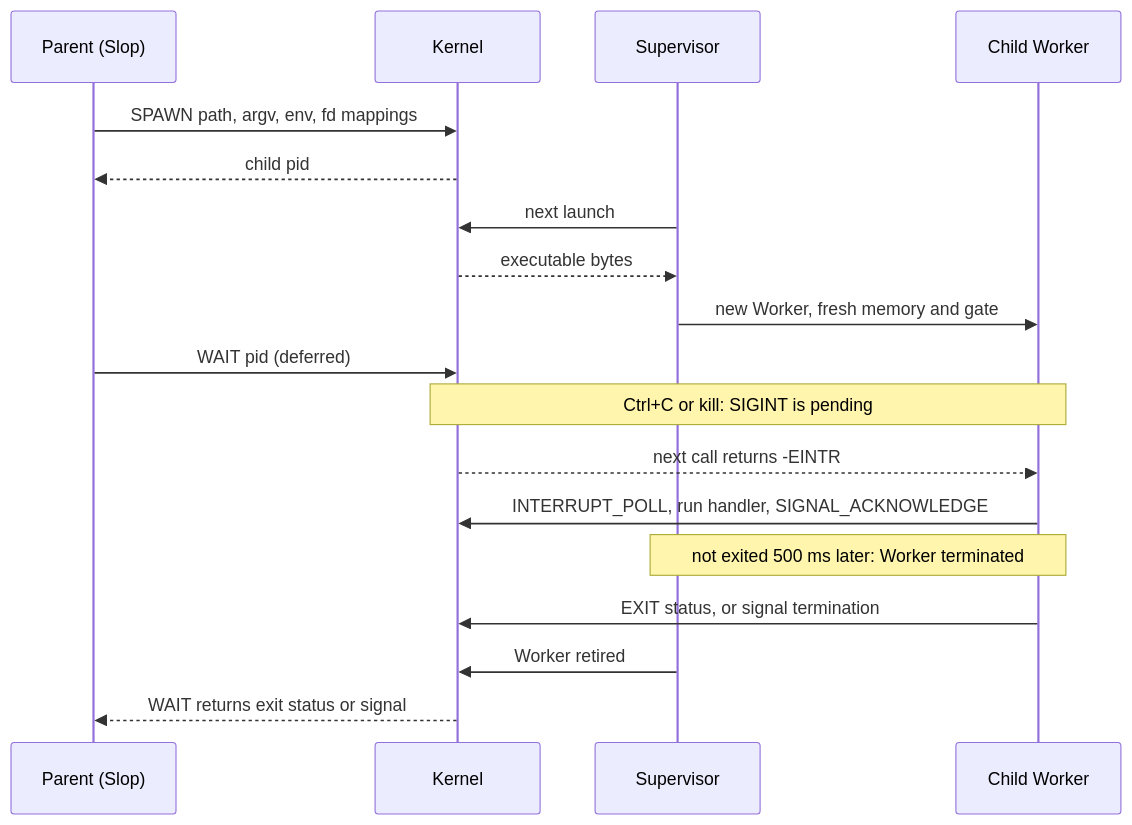
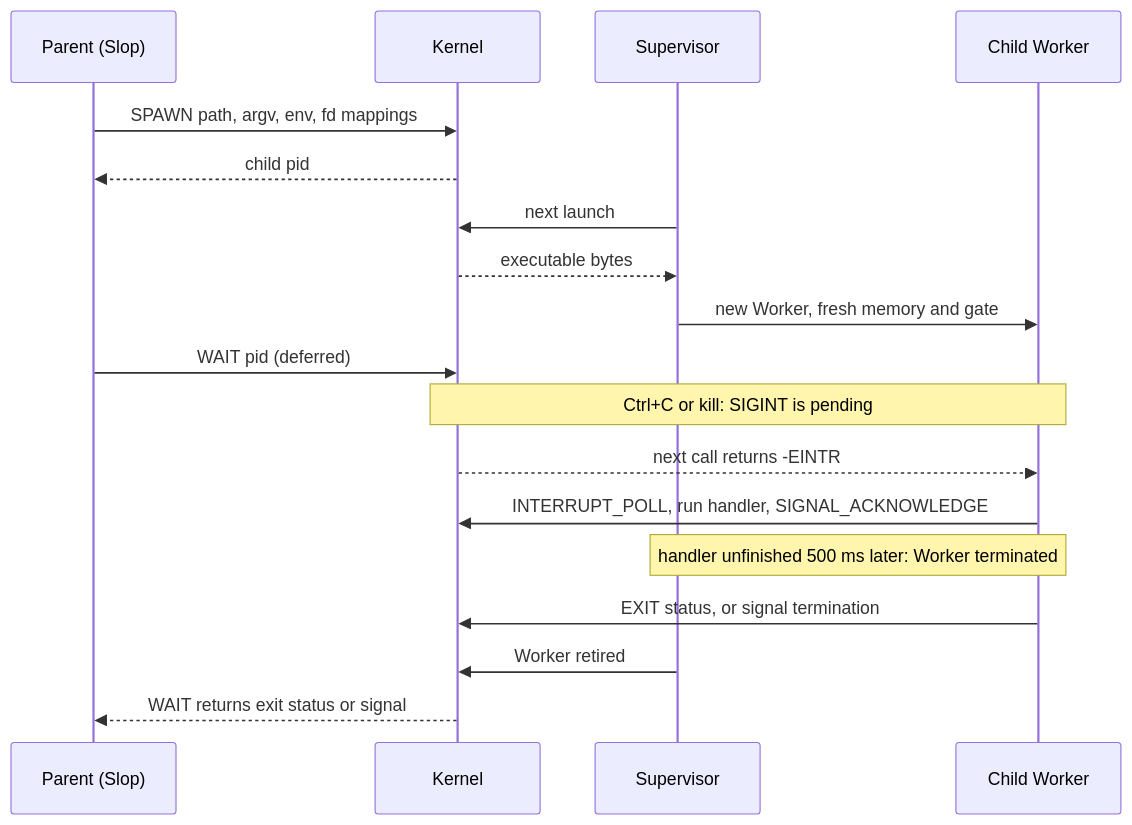
The diagram in docs/process-model.md (daugasauron/dolly), drawn with Mermaid before and after one commit. The commit also changed other lines of this file and 3 other files, not shown here.

````diff
--- a/docs/process-model.md
+++ b/docs/process-model.md
@@ -10,20 +10,20 @@
 ```mermaid
 sequenceDiagram
   participant Sh as Parent (Slop)
   participant K as Kernel
   participant S as Supervisor
   participant C as Child Worker
   Sh->>K: SPAWN path, argv, env, fd mappings
   K-->>Sh: child pid
   S->>K: next launch
   K-->>S: executable bytes
   S->>C: new Worker, fresh memory and gate
   Sh->>K: WAIT pid (deferred)
   Note over K,C: Ctrl+C or kill: SIGINT is pending
   K-->>C: next call returns -EINTR
   C->>K: INTERRUPT_POLL, run handler, SIGNAL_ACKNOWLEDGE
-  Note over S,C: not exited 500 ms later: Worker terminated
+  Note over S,C: handler unfinished 500 ms later: Worker terminated
   C->>K: EXIT status, or signal termination
   S->>K: Worker retired
   K-->>Sh: WAIT returns exit status or signal
 ```
````
